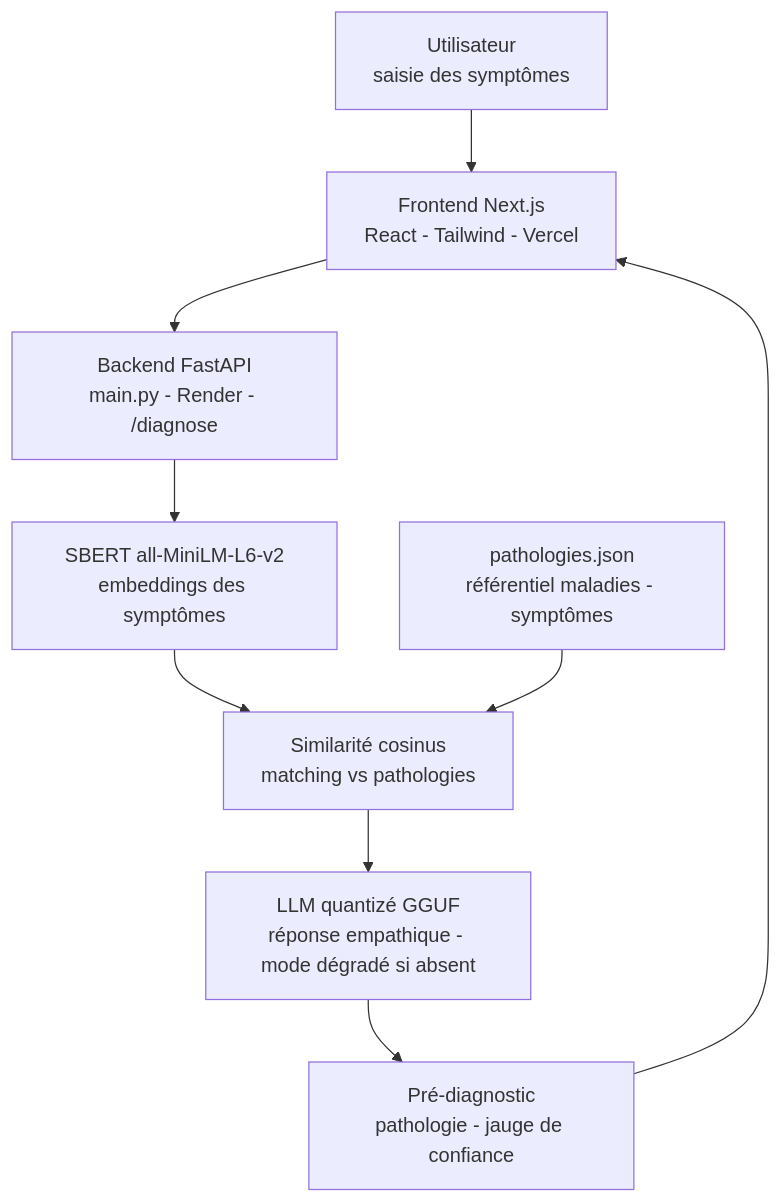
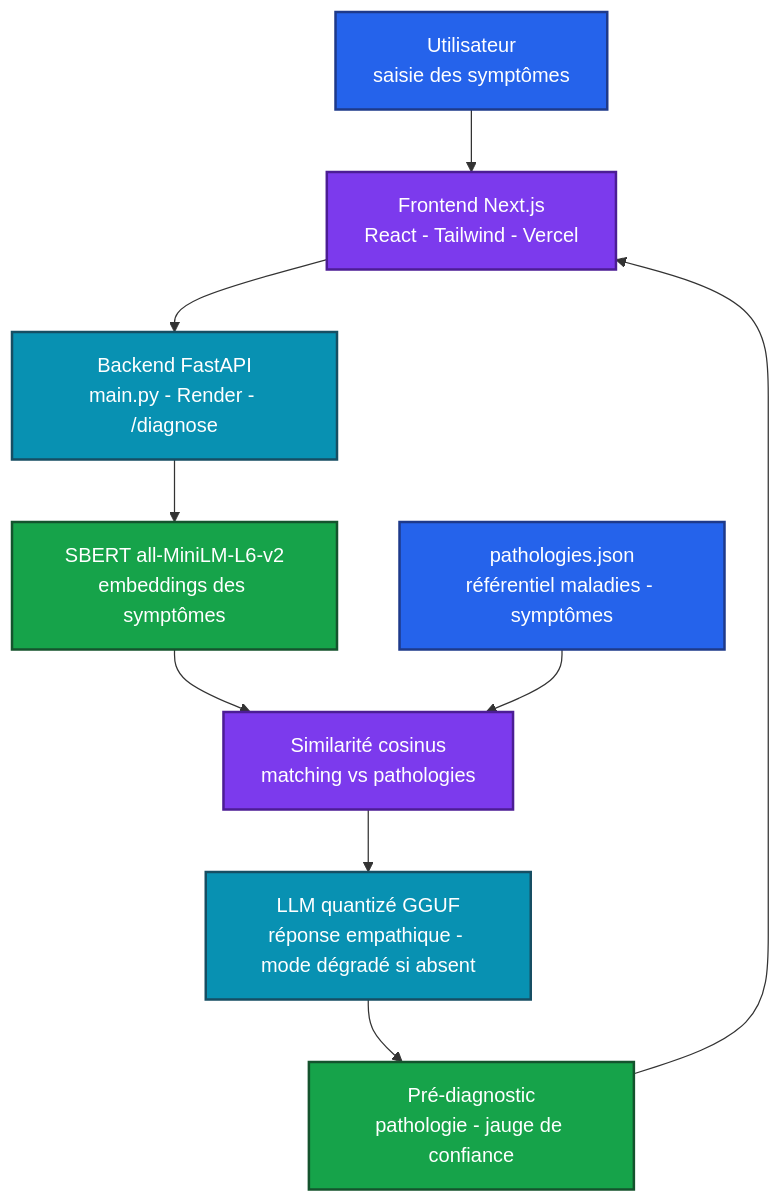
Before and after one commit to Adam-Blf/Projet-IA-Generative-Doctis-AI-mo: the diagram in README.md, drawn with Mermaid.

Commit message:
docs: add colors to mermaid diagrams (#5)
Each node gets a palette class (by subgraph or by flow depth), subgraphs are tinted, non-flowchart diagrams use a colored base theme. Validated by rendering every diagram before and after.

````diff
--- a/README.md
+++ b/README.md
@@ -55,20 +55,29 @@
 ```mermaid
 flowchart TB
     USER["Utilisateur<br/>saisie des symptômes"]
     FRONT["Frontend Next.js<br/>React - Tailwind - Vercel"]
     API["Backend FastAPI<br/>main.py - Render - /diagnose"]
     SBERT["SBERT all-MiniLM-L6-v2<br/>embeddings des symptômes"]
     MATCH["Similarité cosinus<br/>matching vs pathologies"]
     DB["pathologies.json<br/>référentiel maladies - symptômes"]
     LLM["LLM quantizé GGUF<br/>réponse empathique - mode dégradé si absent"]
     RESULT["Pré-diagnostic<br/>pathologie - jauge de confiance"]
 
     USER --> FRONT
     FRONT --> API
     API --> SBERT
     SBERT --> MATCH
     DB --> MATCH
     MATCH --> LLM
     LLM --> RESULT
     RESULT --> FRONT
+
+    classDef c0 fill:#2563eb,stroke:#1e3a8a,stroke-width:2px,color:#ffffff
+    classDef c1 fill:#7c3aed,stroke:#4c1d95,stroke-width:2px,color:#ffffff
+    classDef c2 fill:#0891b2,stroke:#164e63,stroke-width:2px,color:#ffffff
+    classDef c3 fill:#16a34a,stroke:#14532d,stroke-width:2px,color:#ffffff
+    class USER,DB c0
+    class FRONT,MATCH c1
+    class API,LLM c2
+    class SBERT,RESULT c3
 ```
````
